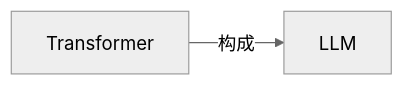
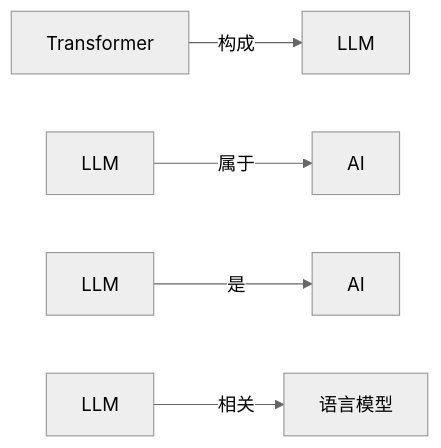
Before and after one commit to mwbel/ResearchManjushri: the second of 2 diagrams in LLM Wiki/wiki/domains/垂直小模型.md, drawn with Mermaid (neutral theme). The commit also changed other lines of this file and 172 other files, not shown here.

````diff
--- a/LLM Wiki/wiki/domains/垂直小模型.md
+++ b/LLM Wiki/wiki/domains/垂直小模型.md
@@ -43,4 +43,7 @@
 ```mermaid
 flowchart LR
     C1A["Transformer"] -- "构成" --> C1B["LLM"]
+    C2A["LLM"] -- "属于" --> C2B["AI"]
+    C3A["LLM"] -- "是" --> C3B["AI"]
+    C4A["LLM"] -- "相关" --> C4B["语言模型"]
 ```
````
